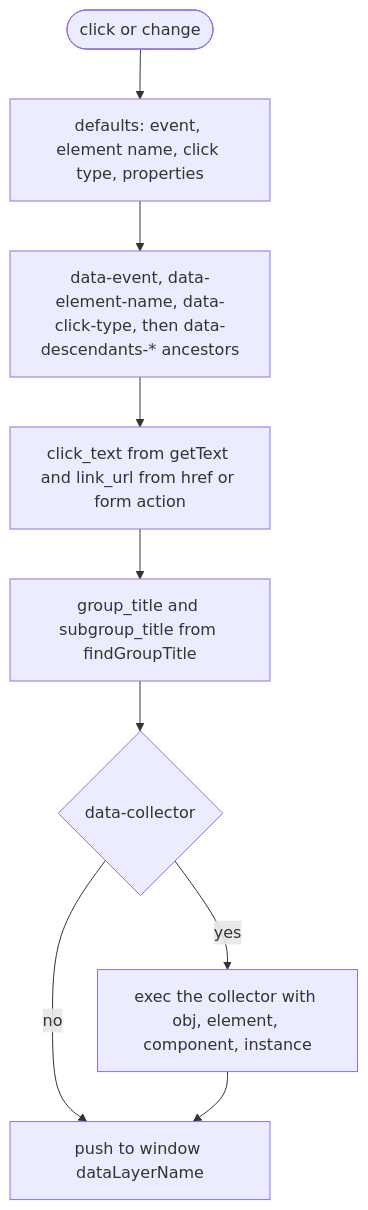
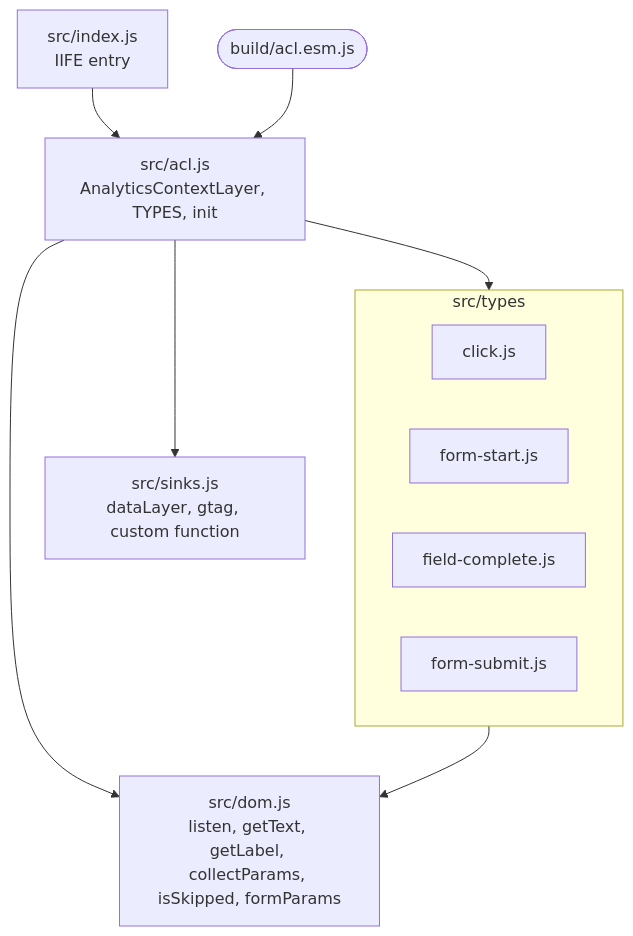
One commit to drevops/axel changed the first of 2 diagrams in docs/architecture/README.md. Above: the diagram before and after it, drawn with Mermaid. The commit also changed other lines of this file and 3 other files, not shown here.

Commit message:
[#1] Documented the 'data-analytics-*' attribute spec, event types, sinks, privacy rules and GA4 limits.

````diff
--- a/docs/architecture/README.md
+++ b/docs/architecture/README.md
@@ -35,12 +10,16 @@
 ```mermaid
-%% Traced from: src/acl.js collect(), push().
+%% Traced from: src/index.js, src/acl.js, src/dom.js, src/sinks.js, src/types/*.js.
 flowchart TB
-    event([click or change]) --> base[defaults: event, element name, click type, properties]
-    base --> overrides[data-event, data-element-name, data-click-type, then data-descendants-* ancestors]
-    overrides --> text[click_text from getText and link_url from href or form action]
-    text --> groups[group_title and subgroup_title from findGroupTitle]
-    groups --> collector{data-collector}
-    collector -- yes --> exec[exec the collector with obj, element, component, instance]
-    collector -- no --> push
-    exec --> push[push to window dataLayerName]
+    index[src/index.js<br>IIFE entry] --> acl
+    esm([build/acl.esm.js]) --> acl
+    acl[src/acl.js<br>AnalyticsContextLayer, TYPES, init] --> types
+    acl --> sinks[src/sinks.js<br>dataLayer, gtag, custom function]
+    acl --> dom
+    subgraph types[src/types]
+        click[click.js]
+        formStart[form-start.js]
+        fieldComplete[field-complete.js]
+        formSubmit[form-submit.js]
+    end
+    types --> dom[src/dom.js<br>listen, getText, getLabel, collectParams, isSkipped, formParams]
 ```
````
